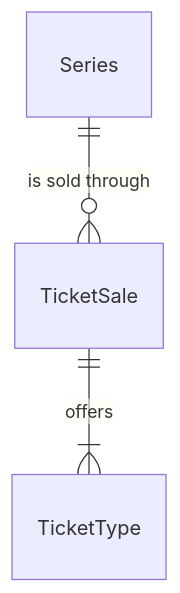
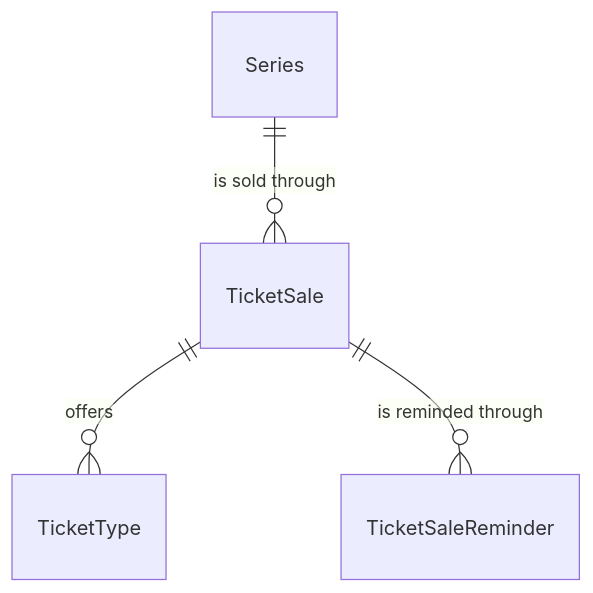
The diagram in openspec/specs/components/entity/ticket-sale/spec.md (liverty-music/specification), drawn with Mermaid before and after one commit. The commit also changed other lines of this file and 7 other files, not shown here.

````diff
--- a/openspec/specs/components/entity/ticket-sale/spec.md
+++ b/openspec/specs/components/entity/ticket-sale/spec.md
@@ -17,5 +19,6 @@
 ```mermaid
 erDiagram
   Series ||--o{ TicketSale : "is sold through"
-  TicketSale ||--|{ TicketType : "offers"
+  TicketSale ||--o{ TicketType : "offers"
+  TicketSale ||--o{ TicketSaleReminder : "is reminded through"
 ```
````
